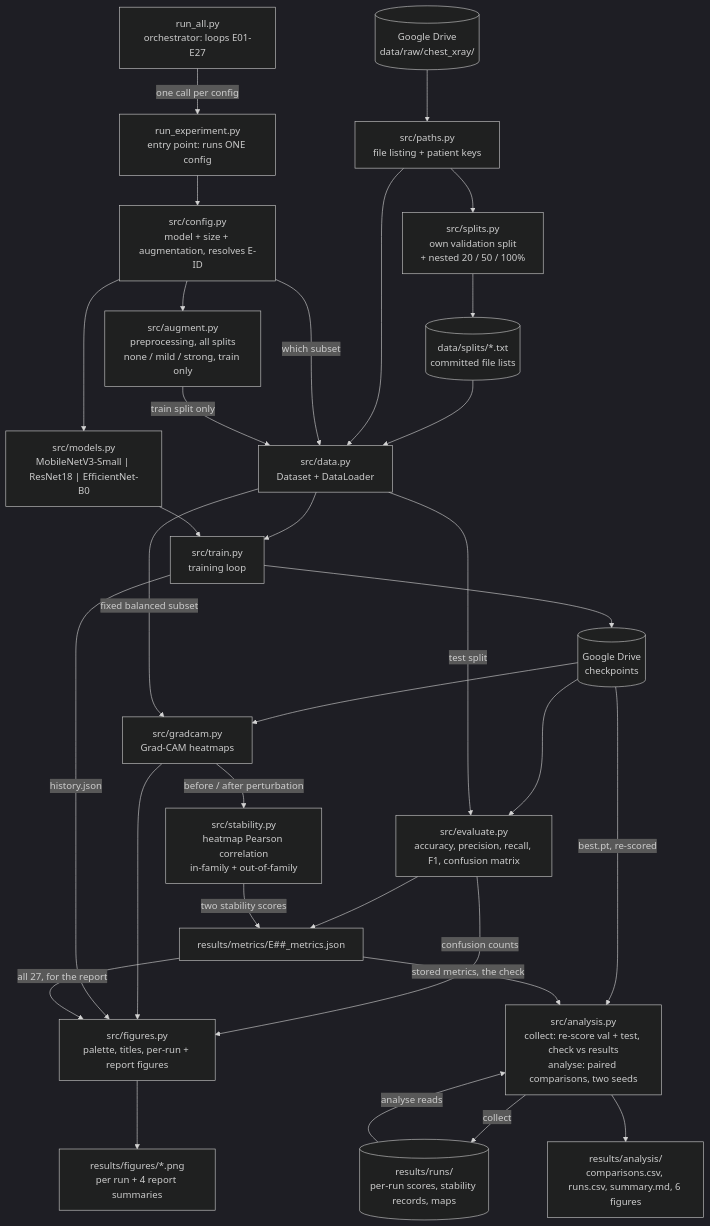
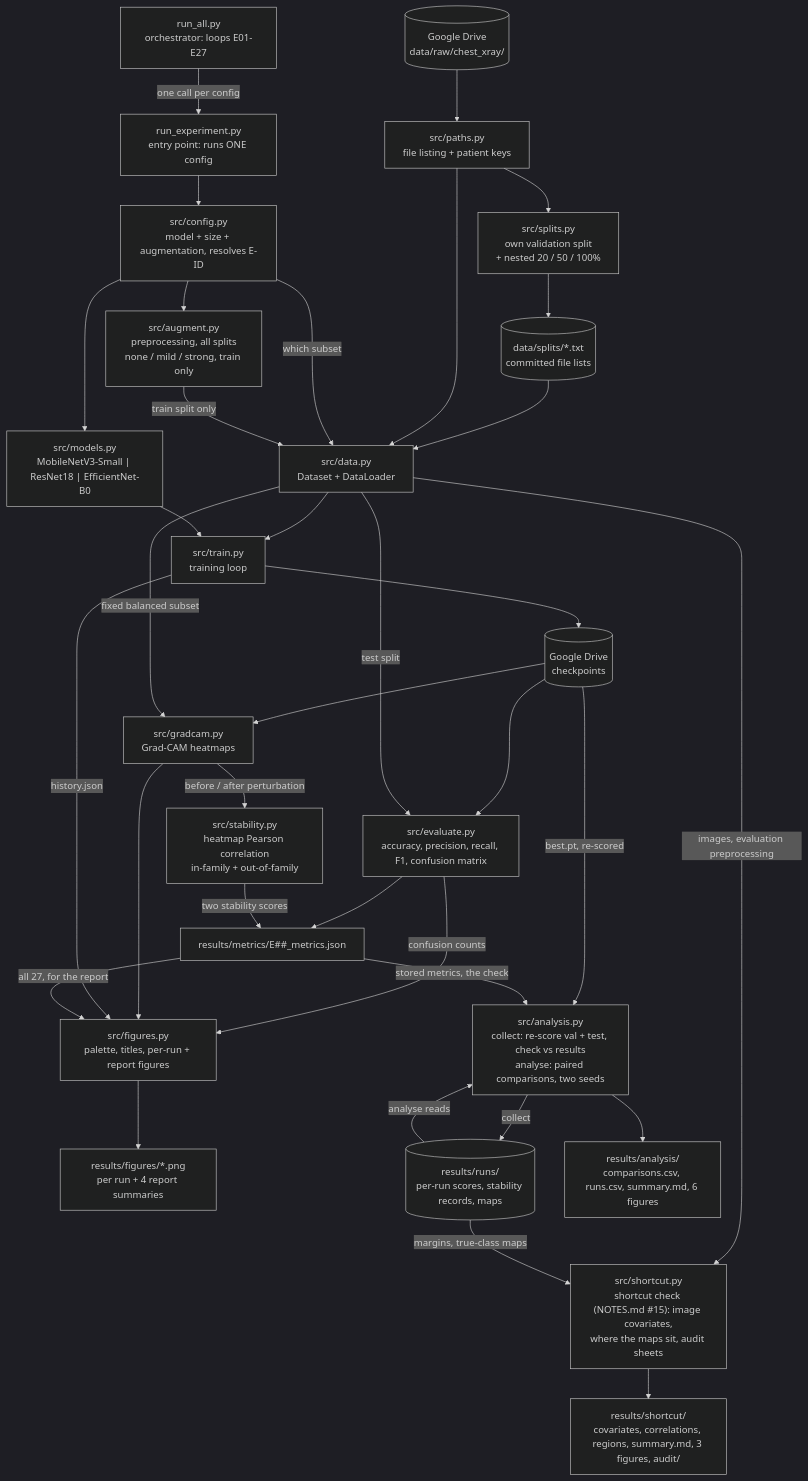
The diagram in docs/architecture.md (orbakish/limited-data-pneumonia-classification), drawn with Mermaid (dark theme) before and after one commit. The commit also changed other lines of this file and 20 other files, not shown here.

````diff
--- a/docs/architecture.md
+++ b/docs/architecture.md
@@ -14,66 +14,73 @@
 ```mermaid
 flowchart TD
     RA["run_all.py<br/>orchestrator: loops E01-E27"]
     RE["run_experiment.py<br/>entry point: runs ONE config"]
     CFG["src/config.py<br/>model + size + augmentation, resolves E-ID"]
 
     RA -->|"one call per config"| RE
     RE --> CFG
 
     RAW[("Google Drive<br/>data/raw/chest_xray/")]
     PTH["src/paths.py<br/>file listing + patient keys"]
     SPL["src/splits.py<br/>own validation split<br/>+ nested 20 / 50 / 100%"]
     LST[("data/splits/*.txt<br/>committed file lists")]
     DS["src/data.py<br/>Dataset + DataLoader"]
     AUG["src/augment.py<br/>preprocessing, all splits<br/>none / mild / strong, train only"]
 
     RAW --> PTH
     PTH --> SPL
     SPL --> LST
     LST --> DS
     PTH --> DS
     CFG -->|"which subset"| DS
     AUG -->|"train split only"| DS
     CFG --> AUG
 
     MOD["src/models.py<br/>MobileNetV3-Small | ResNet18 | EfficientNet-B0"]
     TR["src/train.py<br/>training loop"]
     CKPT[("Google Drive<br/>checkpoints")]
 
     CFG --> MOD
     DS --> TR
     MOD --> TR
     TR --> CKPT
 
     EV["src/evaluate.py<br/>accuracy, precision, recall, F1, confusion matrix"]
     GC["src/gradcam.py<br/>Grad-CAM heatmaps"]
     ST["src/stability.py<br/>heatmap Pearson correlation<br/>in-family + out-of-family"]
 
     CKPT --> EV
     CKPT --> GC
     DS -->|"test split"| EV
     DS -->|"fixed balanced subset"| GC
     GC -->|"before / after perturbation"| ST
 
     FG["src/figures.py<br/>palette, titles, per-run + report figures"]
     MET["results/metrics/E##_metrics.json"]
     FIG["results/figures/*.png<br/>per run + 4 report summaries"]
 
     EV --> MET
     ST -->|"two stability scores"| MET
     EV -->|"confusion counts"| FG
     GC --> FG
     TR -->|"history.json"| FG
     MET -->|"all 27, for the report"| FG
     FG --> FIG
 
     AN["src/analysis.py<br/>collect: re-score val + test, check vs results<br/>analyse: paired comparisons, two seeds"]
     RUNS[("results/runs/<br/>per-run scores, stability records, maps")]
     OUT["results/analysis/<br/>comparisons.csv, runs.csv, summary.md, 6 figures"]
 
     CKPT -->|"best.pt, re-scored"| AN
     MET -->|"stored metrics, the check"| AN
     AN -->|"collect"| RUNS
     RUNS -->|"analyse reads"| AN
     AN --> OUT
+
+    SC["src/shortcut.py<br/>shortcut check (NOTES.md #15): image covariates,<br/>where the maps sit, audit sheets"]
+    SCO["results/shortcut/<br/>covariates, correlations, regions, summary.md, 3 figures, audit/"]
+
+    DS -->|"images, evaluation preprocessing"| SC
+    RUNS -->|"margins, true-class maps"| SC
+    SC --> SCO
 ```
````
